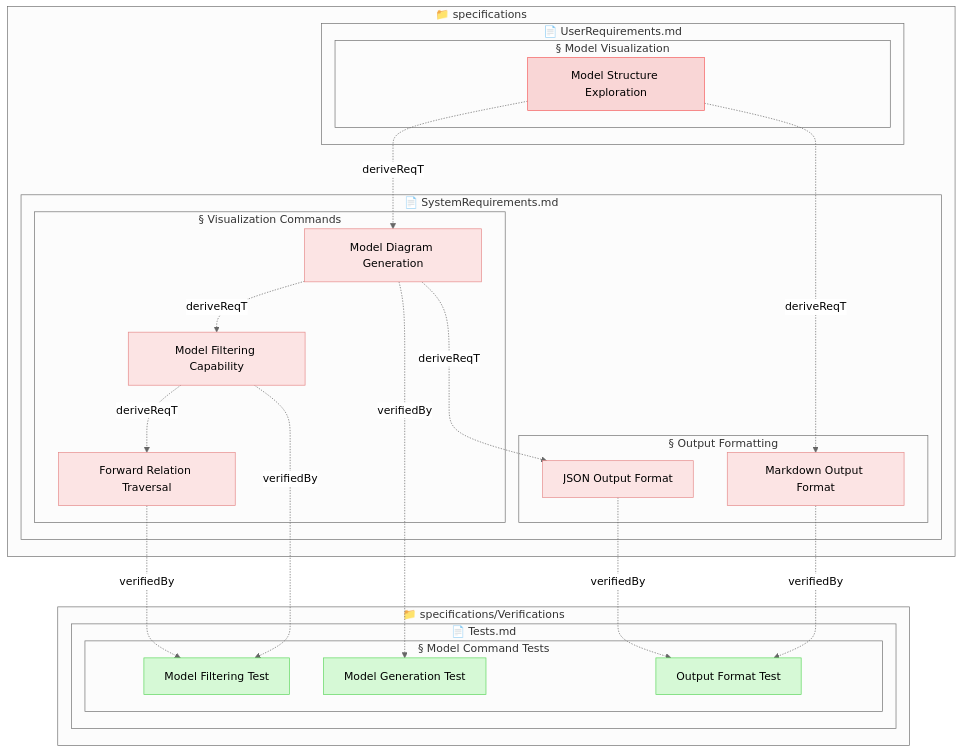
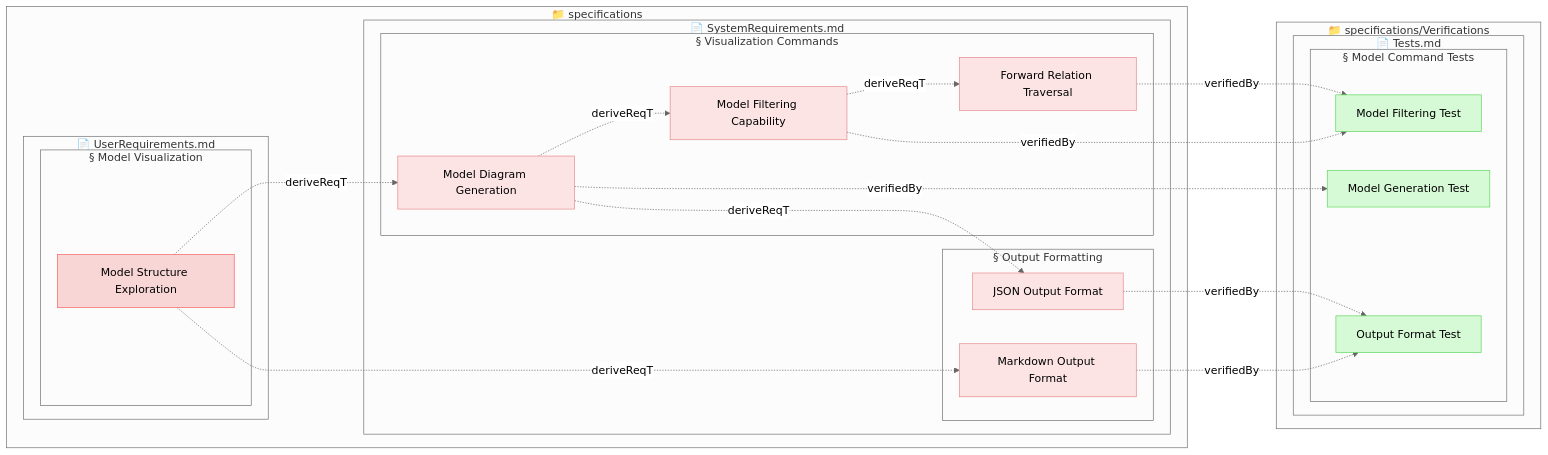
The diagram in tests/test-model-command/expected_output.md (reqvire-org/reqvire), drawn with Mermaid (neutral theme) before and after one commit. The commit also changed 3 other files, not shown here.

First line of the commit message:
Use DEFAULT_DIAGRAM_DIRECTION constant in model diagram generation

````diff
--- a/tests/test-model-command/expected_output.md
+++ b/tests/test-model-command/expected_output.md
@@ -48,68 +48,68 @@
 ```mermaid
-graph TD;
+graph LR;
   %% REQVIRE-AUTOGENERATED-DIAGRAM
   %% Graph styling
   classDef userRequirement fill:#f9d6d6,stroke:#f55f5f,stroke-width:1px;
   classDef systemRequirement fill:#fce4e4,stroke:#e68a8a,stroke-width:1px;
   classDef verification fill:#d6f9d6,stroke:#5fd75f,stroke-width:1px;
   classDef folder fill:#f0f0f0,stroke:#666666,stroke-width:3px;
   classDef file fill:#ffffff,stroke:#999999,stroke-width:2px;
   classDef section fill:#fafafa,stroke:#aaaaaa,stroke-width:1px;
   classDef default fill:#f5f5f5,stroke:#333333,stroke-width:1px;
 
   subgraph e2822fc17b2fa7a1["📁 specifications"]
     subgraph 9945e4af79613c0d["📄 SystemRequirements.md"]
       subgraph 40e6c519bee7dbeb["§ Output Formatting"]
         f27d93928246808["JSON Output Format"];
         class f27d93928246808 systemRequirement;
         click f27d93928246808 "specifications/SystemRequirements.md#json-output-format";
         8accb4e2c9363546["Markdown Output Format"];
         class 8accb4e2c9363546 systemRequirement;
         click 8accb4e2c9363546 "specifications/SystemRequirements.md#markdown-output-format";
       end
       subgraph eed7d1ef3e7c8b9c["§ Visualization Commands"]
         46fbef5d552a5c01["Forward Relation Traversal"];
         class 46fbef5d552a5c01 systemRequirement;
         click 46fbef5d552a5c01 "specifications/SystemRequirements.md#forward-relation-traversal";
         4f998d84bbf8f547["Model Diagram Generation"];
         class 4f998d84bbf8f547 systemRequirement;
         click 4f998d84bbf8f547 "specifications/SystemRequirements.md#model-diagram-generation";
         1ca5a7c02ab1c5f4["Model Filtering Capability"];
         class 1ca5a7c02ab1c5f4 systemRequirement;
         click 1ca5a7c02ab1c5f4 "specifications/SystemRequirements.md#model-filtering-capability";
       end
     end
     subgraph 9d276343749a6a8a["📄 UserRequirements.md"]
       subgraph abb456863e7e5369["§ Model Visualization"]
         32fb52886d6166a1["Model Structure Exploration"];
         class 32fb52886d6166a1 userRequirement;
         click 32fb52886d6166a1 "specifications/UserRequirements.md#model-structure-exploration";
       end
     end
   end
   subgraph 5c1b77ce400d632f["📁 specifications/Verifications"]
     subgraph cf533a32881d1680["📄 Tests.md"]
       subgraph f659c5a1fd1b9c32["§ Model Command Tests"]
         82b96aa538491c2b["Model Filtering Test"];
         class 82b96aa538491c2b verification;
         click 82b96aa538491c2b "specifications/Verifications/Tests.md#model-filtering-test";
         e80d22d575e02537["Model Generation Test"];
         class e80d22d575e02537 verification;
         click e80d22d575e02537 "specifications/Verifications/Tests.md#model-generation-test";
         8cc3b7ebaf3ea9b["Output Format Test"];
         class 8cc3b7ebaf3ea9b verification;
         click 8cc3b7ebaf3ea9b "specifications/Verifications/Tests.md#output-format-test";
       end
     end
   end
   46fbef5d552a5c01 -.->|verifiedBy| 82b96aa538491c2b;
   f27d93928246808 -.->|verifiedBy| 8cc3b7ebaf3ea9b;
   8accb4e2c9363546 -.->|verifiedBy| 8cc3b7ebaf3ea9b;
   4f998d84bbf8f547 -.->|deriveReqT| f27d93928246808;
   4f998d84bbf8f547 -.->|deriveReqT| 1ca5a7c02ab1c5f4;
   4f998d84bbf8f547 -.->|verifiedBy| e80d22d575e02537;
   1ca5a7c02ab1c5f4 -.->|deriveReqT| 46fbef5d552a5c01;
   1ca5a7c02ab1c5f4 -.->|verifiedBy| 82b96aa538491c2b;
   32fb52886d6166a1 -.->|deriveReqT| 8accb4e2c9363546;
   32fb52886d6166a1 -.->|deriveReqT| 4f998d84bbf8f547;
 ```
````
